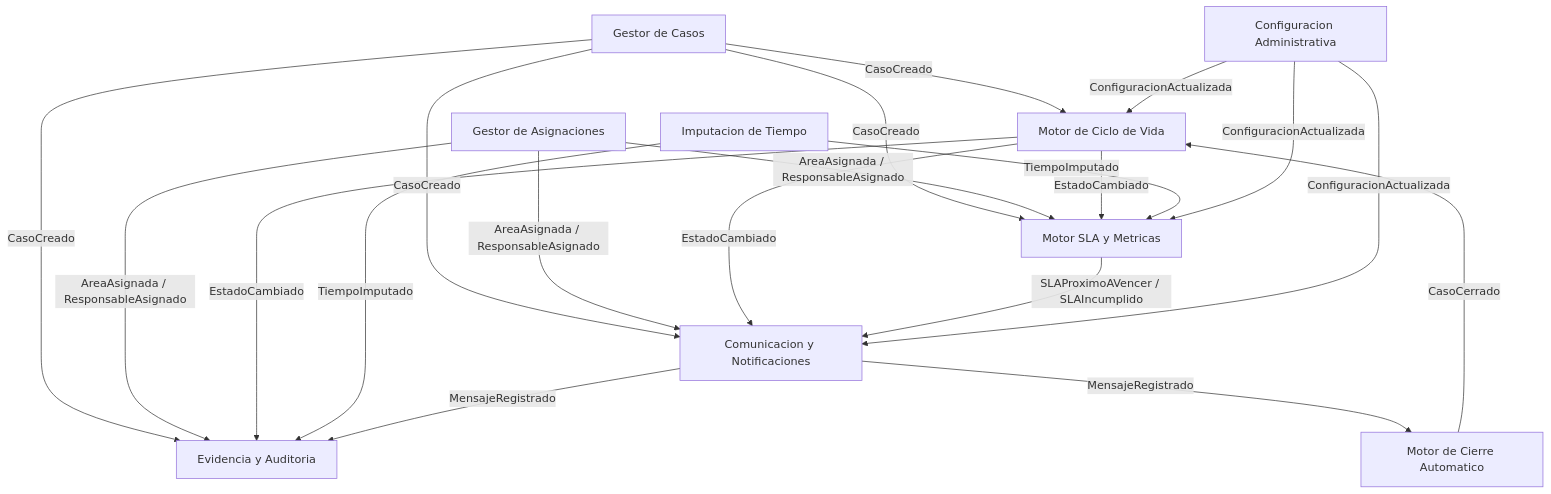
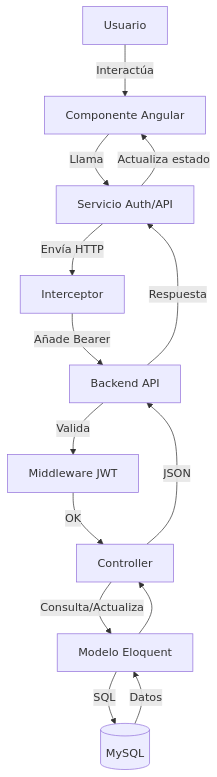
One commit to LIDR-academy/AI4Devs-finalproject changed the second of 4 diagrams in readme.md. Above: the diagram before and after it, drawn with Mermaid. The commit also changed other lines of this file and 2 other files, not shown here.

Commit message:
subida para entrega 2 jpadilla Autenticación, backend (catálogos, casos, API), frontend (crear caso, listado, detalle) y layout

````diff
--- a/readme.md
+++ b/readme.md
@@ -93,28 +170,16 @@
 ```mermaid
-flowchart TD
-  A[Gestor de Casos] -->|CasoCreado| B[Motor de Ciclo de Vida]
-  A -->|CasoCreado| C[Motor SLA y Metricas]
-  A -->|CasoCreado| D[Evidencia y Auditoria]
-  A -->|CasoCreado| E[Comunicacion y Notificaciones]
-
-  F[Gestor de Asignaciones] -->|AreaAsignada / ResponsableAsignado| C
-  F -->|AreaAsignada / ResponsableAsignado| D
-  F -->|AreaAsignada / ResponsableAsignado| E
-
-  B -->|EstadoCambiado| C
-  B -->|EstadoCambiado| D
-  B -->|EstadoCambiado| E
-
-  G[Imputacion de Tiempo] -->|TiempoImputado| C
-  G -->|TiempoImputado| D
-
-  E -->|MensajeRegistrado| D
-  E -->|MensajeRegistrado| H[Motor de Cierre Automatico]
-  H -->|CasoCerrado| B
-
-  C -->|SLAProximoAVencer / SLAIncumplido| E
-
-  I[Configuracion Administrativa] -->|ConfiguracionActualizada| B
-  I -->|ConfiguracionActualizada| C
-  I -->|ConfiguracionActualizada| E
+graph TD
+    A[Usuario] -->|Interactúa| B[Componente Angular]
+    B -->|Llama| C[Servicio Auth/API]
+    C -->|Envía HTTP| D[Interceptor]
+    D -->|Añade Bearer| E[Backend API]
+    E -->|Valida| F[Middleware JWT]
+    F -->|OK| G[Controller]
+    G -->|Consulta/Actualiza| H[Modelo Eloquent]
+    H -->|SQL| I[(MySQL)]
+    I -->|Datos| H
+    H --> G
+    G -->|JSON| E
+    E -->|Respuesta| C
+    C -->|Actualiza estado| B
 ```
````
